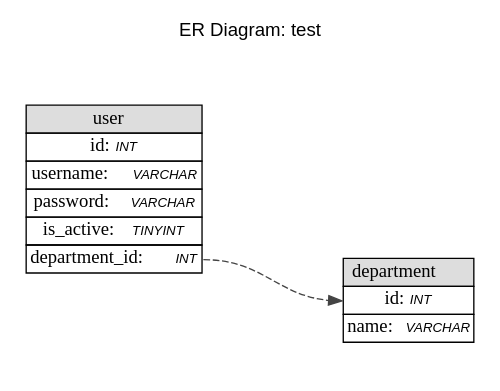
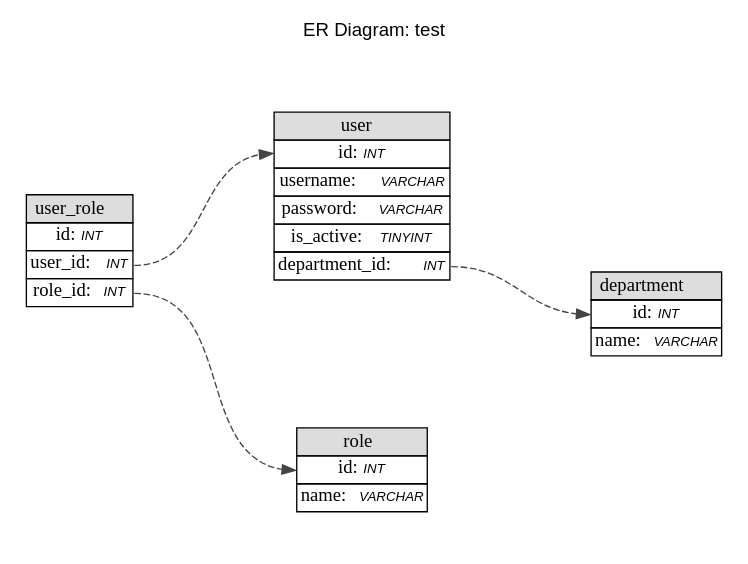
One commit to donnol/jdnote changed the diagram in cmd/dbdoc/DB.dot. Above: the diagram before and after it, drawn with Graphviz.

Commit message:
cmd/dbdoc: 添加子表

```diff
--- a/cmd/dbdoc/DB.dot
+++ b/cmd/dbdoc/DB.dot
@@ -1,36 +1,59 @@
 digraph "Database Structure" {
 	label = "ER Diagram: test";
 	labelloc = t;
 	compound = true;
 	node [ shape = record ];
 	fontname = "Helvetica";
 	ranksep = 1.25;
 	ratio = 0.7;
 	rankdir = LR;
 	subgraph "table_department" {
 		node [ shape = "plaintext" ];
 		"department" [ label=<
 			<TABLE BORDER="0" CELLSPACING="0" CELLBORDER="1">
 			<TR><TD COLSPAN="3" BGCOLOR="#DDDDDD">department</TD></TR>
 			<TR><TD COLSPAN="3" PORT="id">id:<FONT FACE="Helvetica-Oblique" POINT-SIZE="10">INT</FONT></TD></TR>
 			<TR><TD COLSPAN="3" PORT="name">name:<FONT FACE="Helvetica-Oblique" POINT-SIZE="10">VARCHAR</FONT></TD></TR>
 			</TABLE>>
 		];
 	}
+	subgraph "table_role" {
+		node [ shape = "plaintext" ];
+		"role" [ label=<
+			<TABLE BORDER="0" CELLSPACING="0" CELLBORDER="1">
+			<TR><TD COLSPAN="3" BGCOLOR="#DDDDDD">role</TD></TR>
+			<TR><TD COLSPAN="3" PORT="id">id:<FONT FACE="Helvetica-Oblique" POINT-SIZE="10">INT</FONT></TD></TR>
+			<TR><TD COLSPAN="3" PORT="name">name:<FONT FACE="Helvetica-Oblique" POINT-SIZE="10">VARCHAR</FONT></TD></TR>
+			</TABLE>>
+		];
+	}
 	subgraph "table_user" {
 		node [ shape = "plaintext" ];
 		"user" [ label=<
 			<TABLE BORDER="0" CELLSPACING="0" CELLBORDER="1">
 			<TR><TD COLSPAN="3" BGCOLOR="#DDDDDD">user</TD></TR>
 			<TR><TD COLSPAN="3" PORT="id">id:<FONT FACE="Helvetica-Oblique" POINT-SIZE="10">INT</FONT></TD></TR>
 			<TR><TD COLSPAN="3" PORT="username">username:<FONT FACE="Helvetica-Oblique" POINT-SIZE="10">VARCHAR</FONT></TD></TR>
 			<TR><TD COLSPAN="3" PORT="password">password:<FONT FACE="Helvetica-Oblique" POINT-SIZE="10">VARCHAR</FONT></TD></TR>
 			<TR><TD COLSPAN="3" PORT="is_active">is_active:<FONT FACE="Helvetica-Oblique" POINT-SIZE="10">TINYINT</FONT></TD></TR>
 			<TR><TD COLSPAN="3" PORT="department_id">department_id:<FONT FACE="Helvetica-Oblique" POINT-SIZE="10">INT</FONT></TD></TR>
 			</TABLE>>
 		];
 	}
+	subgraph "table_user_role" {
+		node [ shape = "plaintext" ];
+		"user_role" [ label=<
+			<TABLE BORDER="0" CELLSPACING="0" CELLBORDER="1">
+			<TR><TD COLSPAN="3" BGCOLOR="#DDDDDD">user_role</TD></TR>
+			<TR><TD COLSPAN="3" PORT="id">id:<FONT FACE="Helvetica-Oblique" POINT-SIZE="10">INT</FONT></TD></TR>
+			<TR><TD COLSPAN="3" PORT="user_id">user_id:<FONT FACE="Helvetica-Oblique" POINT-SIZE="10">INT</FONT></TD></TR>
+			<TR><TD COLSPAN="3" PORT="role_id">role_id:<FONT FACE="Helvetica-Oblique" POINT-SIZE="10">INT</FONT></TD></TR>
+			</TABLE>>
+		];
+	}
 
 	edge [ arrowtail=normal, style=dashed, color="#444444" ];
 	user:department_id -> department:id ;
+	user_role:user_id -> user:id
+	user_role:role_id -> role:id
 }
```
